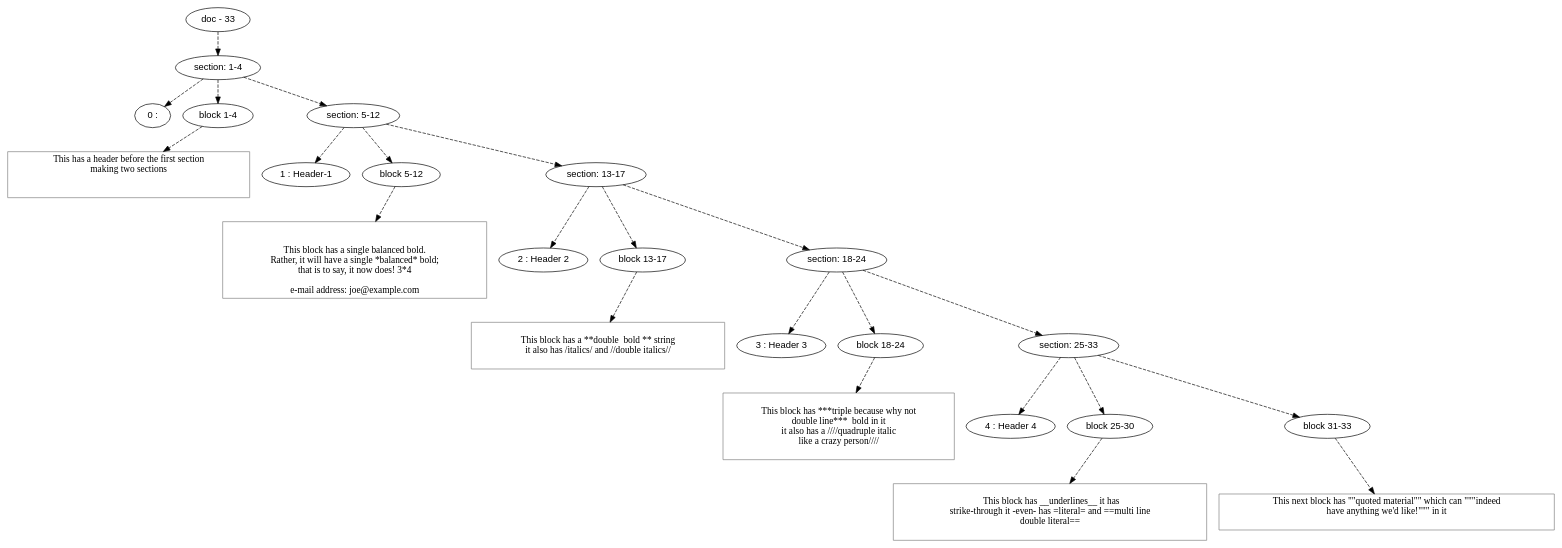
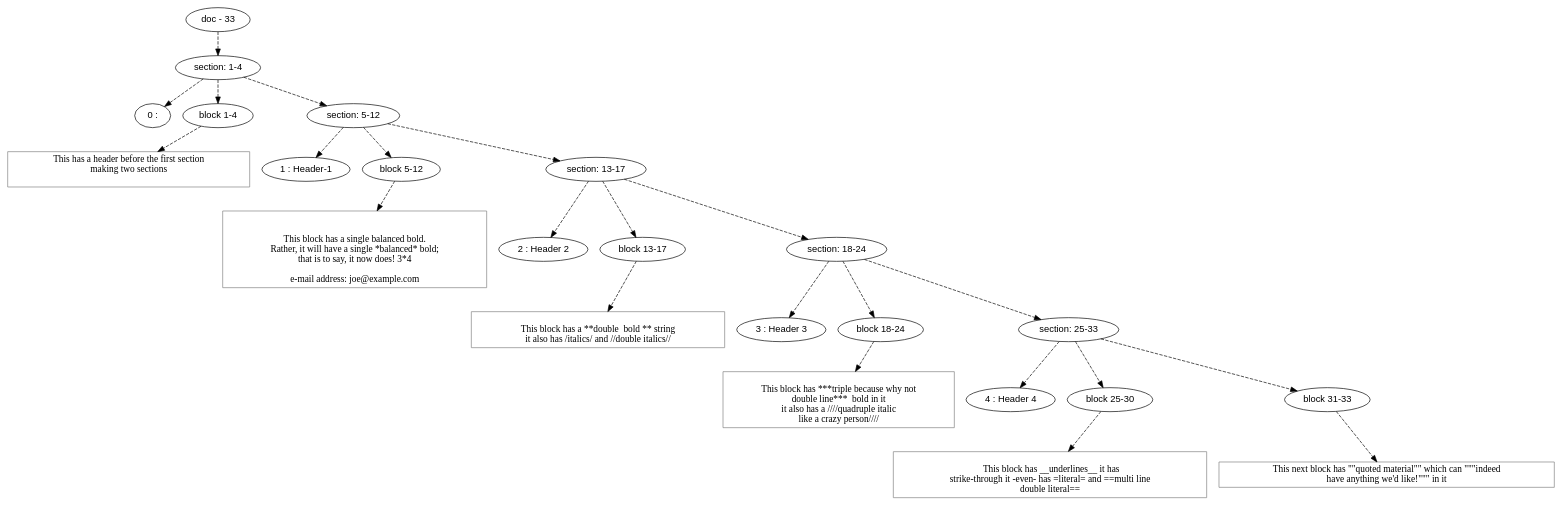
The diagram in orb/dot/samples/header-with-basic-block.gm-old.dot (mnemnion/orb), drawn with Graphviz before and after one commit. The commit also changed 70 other files, not shown here.

```diff
--- a/orb/dot/samples/header-with-basic-block.gm-old.dot
+++ b/orb/dot/samples/header-with-basic-block.gm-old.dot
@@ -1,113 +1,107 @@
 digraph hierarchy {
 
 node [fontname=Helvetica]
 edge [style=dashed]
 
 doc_0 [label="doc - 33"]
 
 
 doc_0 -> { section_1}
 {rank=same; section_1}
 
 section_1 [label="section: 1-4"]
 
 
 section_1 -> { header_2 block_3 section_4}
 {rank=same; header_2 block_3 section_4}
 
 header_2 [label="0 : "]
 
 block_3 [label="block 1-4"]
 
 section_4 [label="section: 5-12"]
 
 
 
 block_3 -> leaf_5
 leaf_5  [color=Gray,shape=rectangle,fontname=Inconsolata,label="This has a header before the first section
 making two sections
        
-
 "]
 section_4 -> { header_6 block_7 section_8}
 {rank=same; header_6 block_7 section_8}
 
 header_6 [label="1 : Header-1"]
 
 block_7 [label="block 5-12"]
 
 section_8 [label="section: 13-17"]
 
 
 
 block_7 -> leaf_9
 leaf_9  [color=Gray,shape=rectangle,fontname=Inconsolata,label="
 
 This block has a single balanced bold.
 Rather, it will have a single *balanced* bold;
 that is to say, it now does! 3*4
  
-e-mail address: joe@example.com
-"]
+e-mail address: joe@example.com"]
 section_8 -> { header_10 block_11 section_12}
 {rank=same; header_10 block_11 section_12}
 
 header_10 [label="2 : Header 2"]
 
 block_11 [label="block 13-17"]
 
 section_12 [label="section: 18-24"]
 
 
 
 block_11 -> leaf_13
 leaf_13  [color=Gray,shape=rectangle,fontname=Inconsolata,label="
 This block has a **double  bold ** string
 it also has /italics/ and //double italics//
-
 "]
 section_12 -> { header_14 block_15 section_16}
 {rank=same; header_14 block_15 section_16}
 
 header_14 [label="3 : Header 3"]
 
 block_15 [label="block 18-24"]
 
 section_16 [label="section: 25-33"]
 
 
 
 block_15 -> leaf_17
 leaf_17  [color=Gray,shape=rectangle,fontname=Inconsolata,label="
 This block has ***triple because why not
 double line***  bold in it
 it also has a ////quadruple italic
 like a crazy person////
-
 "]
 section_16 -> { header_18 block_19 block_20}
 {rank=same; header_18 block_19 block_20}
 
 header_18 [label="4 : Header 4"]
 
 block_19 [label="block 25-30"]
 
 block_20 [label="block 31-33"]
 
 
 
 block_19 -> leaf_21
 leaf_21  [color=Gray,shape=rectangle,fontname=Inconsolata,label="
   This block has __underlines__ it has 
 strike-through it -even- has =literal= and ==multi line
 double literal==
-
 "]
 
 block_20 -> leaf_22
 leaf_22  [color=Gray,shape=rectangle,fontname=Inconsolata,label="This next block has \"\"quoted material\"\" which can \"\"\"indeed
 have anything we'd like!\"\"\" in it
-
 "]
 
 }
```
